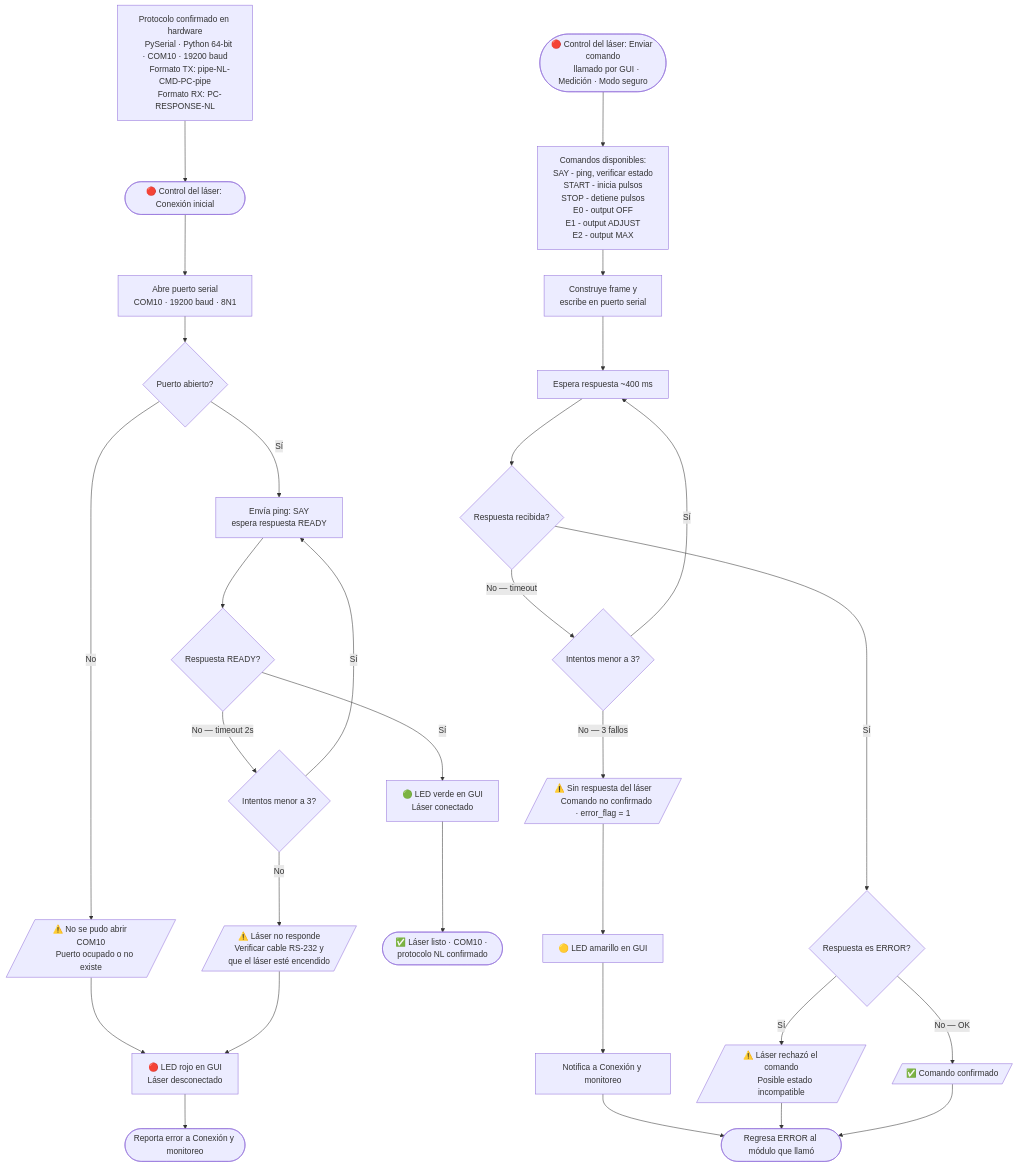
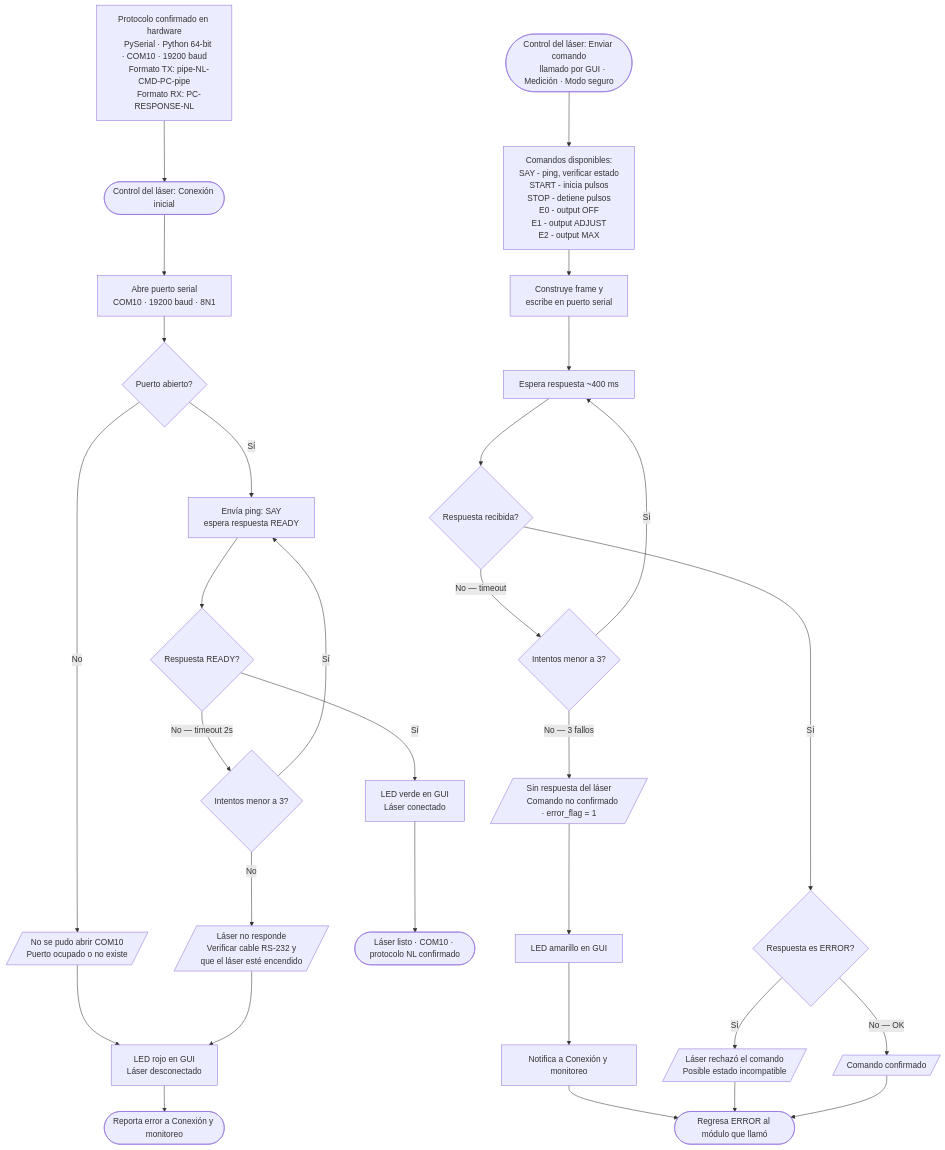
Before and after one commit to EvandherZarco/automatizacion_del_osciloscopio: the diagram in Tesis documento/Diagramas/modulo_control_laser.mermaid, drawn with Mermaid. The commit also changed 19 other files, not shown here.

Commit message:
Correcciones de redaccion en capitulos 2, 3, 4 y 5; diagrama de arquitectura; limpieza de diagramas mermaid

```diff
--- a/Tesis documento/Diagramas/modulo_control_laser.mermaid
+++ b/Tesis documento/Diagramas/modulo_control_laser.mermaid
@@ -1,72 +1,72 @@
 flowchart TD
 
     %% ─────────────────────────────
     %% NOTA DE ARQUITECTURA
     %% ─────────────────────────────
     NOTE["Protocolo confirmado en hardware
     PySerial · Python 64-bit · COM10 · 19200 baud
     Formato TX: pipe-NL-CMD-PC-pipe
     Formato RX: PC-RESPONSE-NL"]
 
     NOTE --> INIT
 
     %% ─────────────────────────────
     %% SUB-FLUJO 1: CONEXION INICIAL
     %% ─────────────────────────────
-    INIT([🔴 Control del láser: Conexión inicial])
+    INIT([Control del láser: Conexión inicial])
     INIT --> OPEN["Abre puerto serial
     COM10 · 19200 baud · 8N1"]
     OPEN --> OPENOK{Puerto abierto?}
-    OPENOK --> |No| OPENERR[/"⚠️ No se pudo abrir COM10
+    OPENOK --> |No| OPENERR[/"No se pudo abrir COM10
     Puerto ocupado o no existe"/]
-    OPENERR --> RLED["🔴 LED rojo en GUI
+    OPENERR --> RLED["LED rojo en GUI
     Láser desconectado"]
     RLED --> CONNFAIL([Reporta error a Conexión y monitoreo])
 
     OPENOK --> |Sí| PING["Envía ping: SAY
     espera respuesta READY"]
     PING --> PINGOK{Respuesta READY?}
     PINGOK --> |No — timeout 2s| RETRYPING{Intentos menor a 3?}
     RETRYPING --> |Sí| PING
-    RETRYPING --> |No| PINGERR[/"⚠️ Láser no responde
+    RETRYPING --> |No| PINGERR[/"Láser no responde
     Verificar cable RS-232 y
     que el láser esté encendido"/]
     PINGERR --> RLED
 
-    PINGOK --> |Sí| GLED["🟢 LED verde en GUI
+    PINGOK --> |Sí| GLED["LED verde en GUI
     Láser conectado"]
-    GLED --> READY(["✅ Láser listo · COM10 · protocolo NL confirmado"])
+    GLED --> READY(["Láser listo · COM10 · protocolo NL confirmado"])
 
     %% ─────────────────────────────
     %% SUB-FLUJO 2: ENVIAR COMANDO
     %% Comandos: START, STOP, E0, E1, E2
     %% ─────────────────────────────
-    SEND([🔴 Control del láser: Enviar comando
+    SEND([Control del láser: Enviar comando
     llamado por GUI · Medición · Modo seguro])
     SEND --> CMDSREF["Comandos disponibles:
     SAY - ping, verificar estado
     START - inicia pulsos
     STOP - detiene pulsos
     E0 - output OFF
     E1 - output ADJUST
     E2 - output MAX"]
     CMDSREF --> FRAME["Construye frame y
     escribe en puerto serial"]
     FRAME --> WRITE["Espera respuesta ~400 ms"]
     WRITE --> RESP{Respuesta recibida?}
 
     RESP --> |No — timeout| RETRY{Intentos menor a 3?}
     RETRY --> |Sí| WRITE
-    RETRY --> |No — 3 fallos| SENDERR[/"⚠️ Sin respuesta del láser
+    RETRY --> |No — 3 fallos| SENDERR[/"Sin respuesta del láser
     Comando no confirmado · error_flag = 1"/]
-    SENDERR --> YLED["🟡 LED amarillo en GUI"]
+    SENDERR --> YLED["LED amarillo en GUI"]
     YLED --> NOTIFYCONN["Notifica a Conexión y monitoreo"]
     NOTIFYCONN --> SENDCALLER([Regresa ERROR al módulo que llamó])
 
     RESP --> |Sí| CHECKRESP{Respuesta es ERROR?}
-    CHECKRESP --> |Sí| CMDERR[/"⚠️ Láser rechazó el comando
+    CHECKRESP --> |Sí| CMDERR[/"Láser rechazó el comando
     Posible estado incompatible"/]
     CMDERR --> SENDCALLER
 
-    CHECKRESP --> |No — OK| SENDOK[/"✅ Comando confirmado"/]
+    CHECKRESP --> |No — OK| SENDOK[/"Comando confirmado"/]
     SENDOK --> SENDCALLER
```
